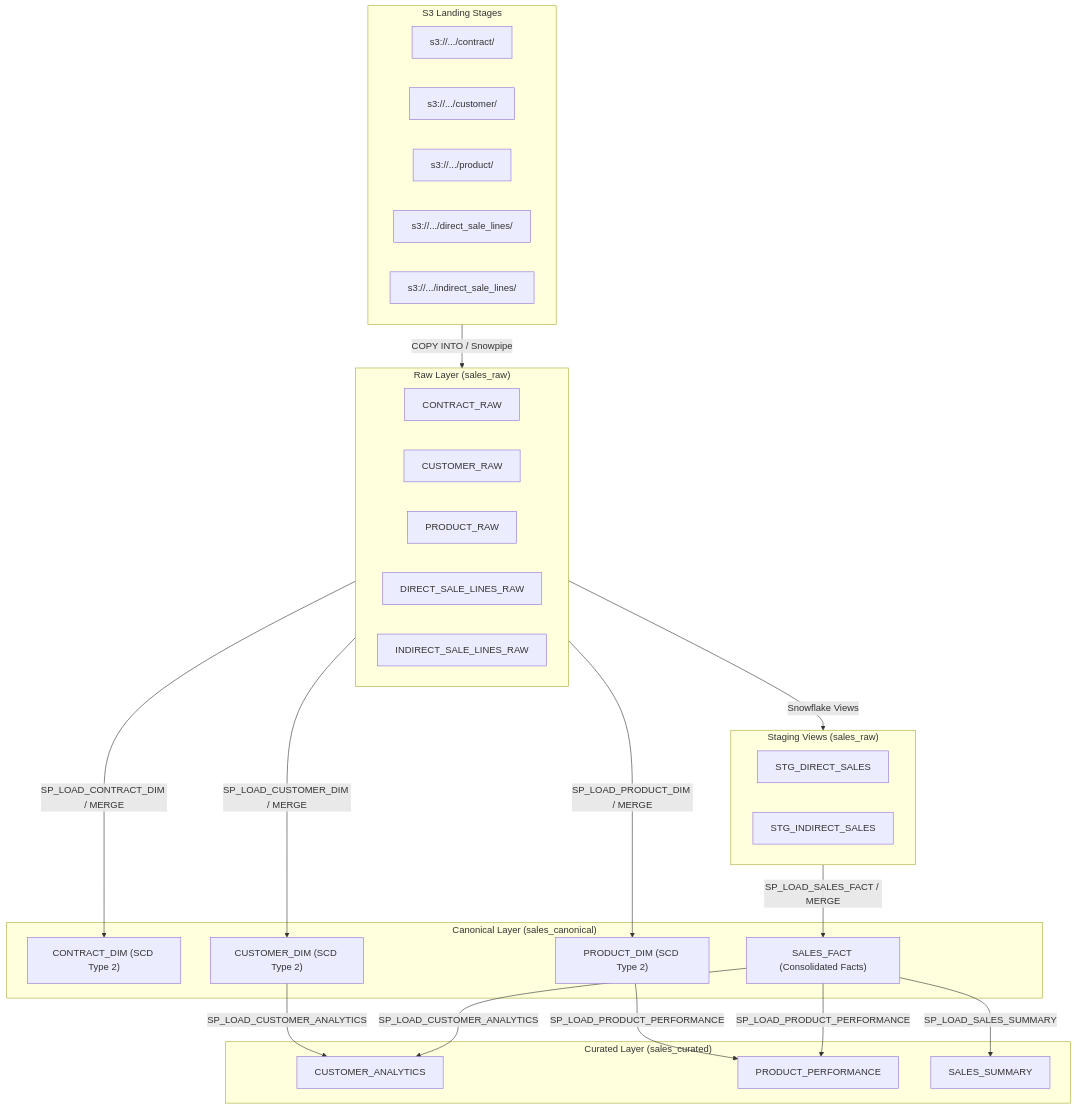
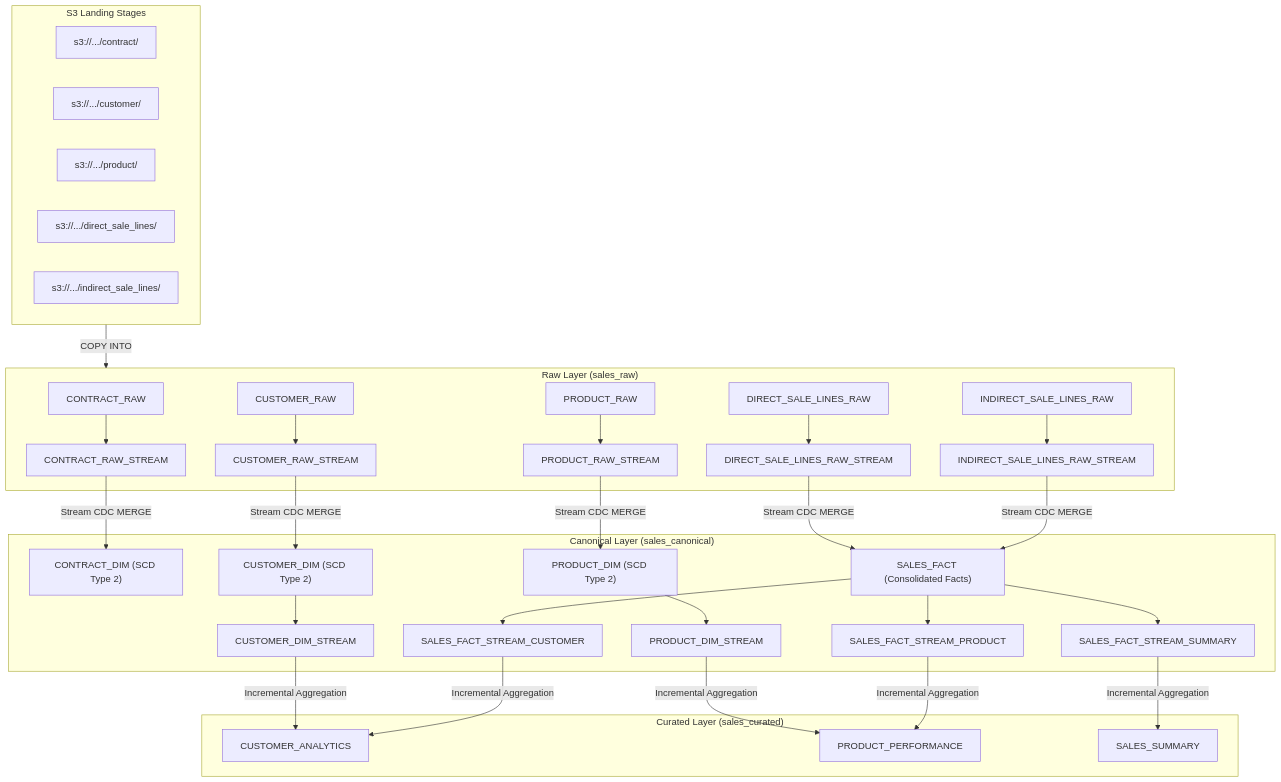
One commit to camrutham/SF_DRL changed the diagram in README.md. Above: the diagram before and after it, drawn with Mermaid. The commit also changed other lines of this file and 10 other files, not shown here.

First line of the commit message:
Implement complete Stream CDC incremental architecture across Canonical and Curated layers

````diff
--- a/README.md
+++ b/README.md
@@ -11,49 +11,39 @@
 ```mermaid
 flowchart TD
     subgraph Landing["S3 Landing Stages"]
         S3_Contract["s3://.../contract/"]
         S3_Customer["s3://.../customer/"]
         S3_Product["s3://.../product/"]
         S3_Direct["s3://.../direct_sale_lines/"]
         S3_Indirect["s3://.../indirect_sale_lines/"]
     end
 
     subgraph Raw["Raw Layer (sales_raw)"]
-        CONTRACT_RAW
-        CUSTOMER_RAW
-        PRODUCT_RAW
-        DIRECT_SALE_LINES_RAW
-        INDIRECT_SALE_LINES_RAW
-    end
-
-    subgraph Staging["Staging Views (sales_raw)"]
-        STG_DIRECT[STG_DIRECT_SALES]
-        STG_INDIRECT[STG_INDIRECT_SALES]
+        CONTRACT_RAW --> CONTRACT_RAW_STREAM
+        CUSTOMER_RAW --> CUSTOMER_RAW_STREAM
+        PRODUCT_RAW --> PRODUCT_RAW_STREAM
+        DIRECT_SALE_LINES_RAW --> DIRECT_SALE_STREAM[DIRECT_SALE_LINES_RAW_STREAM]
+        INDIRECT_SALE_LINES_RAW --> INDIRECT_SALE_STREAM[INDIRECT_SALE_LINES_RAW_STREAM]
     end
 
     subgraph Canonical["Canonical Layer (sales_canonical)"]
-        CONTRACT_DIM["CONTRACT_DIM (SCD Type 2)"]
-        CUSTOMER_DIM["CUSTOMER_DIM (SCD Type 2)"]
-        PRODUCT_DIM["PRODUCT_DIM (SCD Type 2)"]
-        SALES_FACT["SALES_FACT (Consolidated Facts)"]
+        CONTRACT_RAW_STREAM -->|Stream CDC MERGE| CONTRACT_DIM["CONTRACT_DIM (SCD Type 2)"]
+        CUSTOMER_RAW_STREAM -->|Stream CDC MERGE| CUSTOMER_DIM["CUSTOMER_DIM (SCD Type 2)"]
+        PRODUCT_RAW_STREAM -->|Stream CDC MERGE| PRODUCT_DIM["PRODUCT_DIM (SCD Type 2)"]
+        DIRECT_SALE_STREAM & INDIRECT_SALE_STREAM -->|Stream CDC MERGE| SALES_FACT["SALES_FACT (Consolidated Facts)"]
+        
+        CUSTOMER_DIM --> CUSTOMER_DIM_STREAM
+        PRODUCT_DIM --> PRODUCT_DIM_STREAM
+        SALES_FACT --> SALES_FACT_STREAM_SUMMARY
+        SALES_FACT --> SALES_FACT_STREAM_CUSTOMER
+        SALES_FACT --> SALES_FACT_STREAM_PRODUCT
     end
 
     subgraph Curated["Curated Layer (sales_curated)"]
-        CUSTOMER_ANALYTICS["CUSTOMER_ANALYTICS"]
-        PRODUCT_PERFORMANCE["PRODUCT_PERFORMANCE"]
-        SALES_SUMMARY["SALES_SUMMARY"]
+        CUSTOMER_DIM_STREAM & SALES_FACT_STREAM_CUSTOMER -->|Incremental Aggregation| CUSTOMER_ANALYTICS["CUSTOMER_ANALYTICS"]
+        PRODUCT_DIM_STREAM & SALES_FACT_STREAM_PRODUCT -->|Incremental Aggregation| PRODUCT_PERFORMANCE["PRODUCT_PERFORMANCE"]
+        SALES_FACT_STREAM_SUMMARY -->|Incremental Aggregation| SALES_SUMMARY["SALES_SUMMARY"]
     end
 
-    Landing -->|COPY INTO / Snowpipe| Raw
-    Raw -->|Snowflake Views| Staging
-    Raw -->|SP_LOAD_CONTRACT_DIM / MERGE| CONTRACT_DIM
-    Raw -->|SP_LOAD_CUSTOMER_DIM / MERGE| CUSTOMER_DIM
-    Raw -->|SP_LOAD_PRODUCT_DIM / MERGE| PRODUCT_DIM
-    Staging -->|SP_LOAD_SALES_FACT / MERGE| SALES_FACT
-
-    CUSTOMER_DIM -->|SP_LOAD_CUSTOMER_ANALYTICS| CUSTOMER_ANALYTICS
-    SALES_FACT -->|SP_LOAD_CUSTOMER_ANALYTICS| CUSTOMER_ANALYTICS
-    PRODUCT_DIM -->|SP_LOAD_PRODUCT_PERFORMANCE| PRODUCT_PERFORMANCE
-    SALES_FACT -->|SP_LOAD_PRODUCT_PERFORMANCE| PRODUCT_PERFORMANCE
-    SALES_FACT -->|SP_LOAD_SALES_SUMMARY| SALES_SUMMARY
+    Landing -->|COPY INTO| Raw
 ```
````
